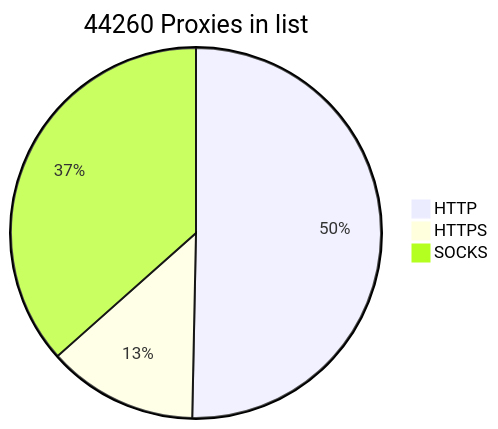
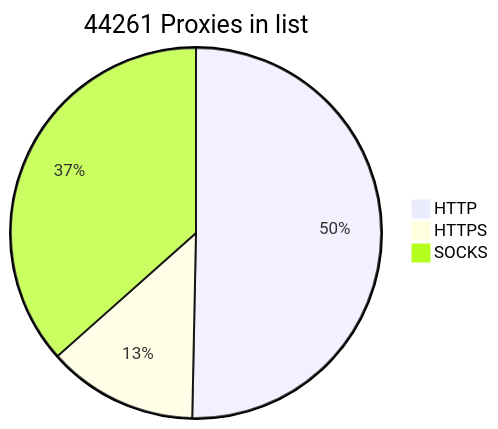
Before and after one commit to BlackSnowDot/proxylist-update-every-minute: the diagram in README.md, drawn with Mermaid.

````diff
--- a/README.md
+++ b/README.md
@@ -2,6 +2,6 @@
 ```mermaid
-pie title 44260 Proxies in list
+pie title 44261 Proxies in list
     "HTTP" : 24850
     "HTTPS": 6474
-    "SOCKS" : 18056
+    "SOCKS" : 18057
 ```
````
